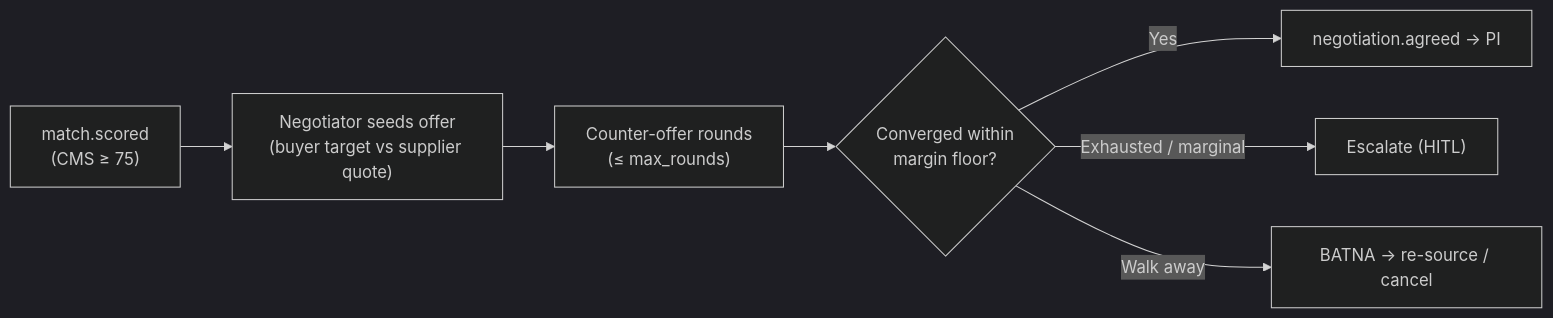
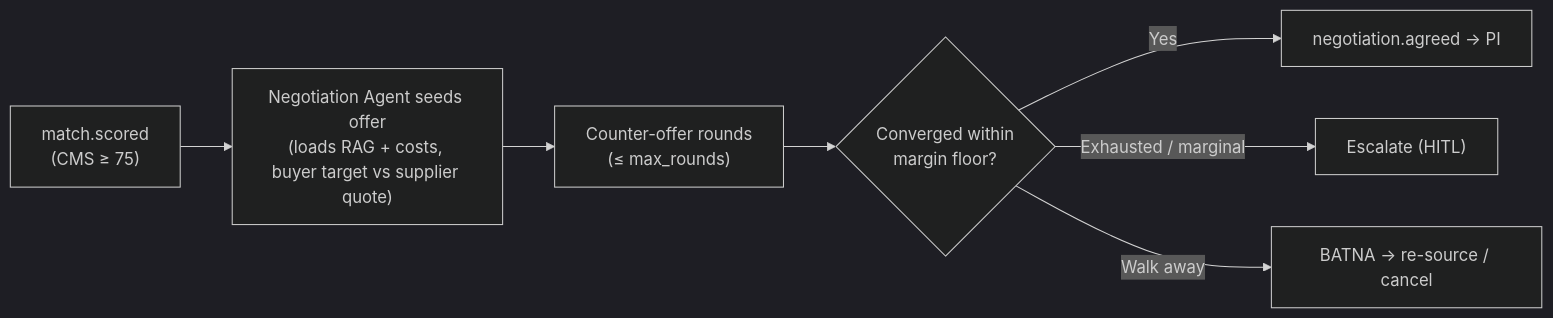
One commit to RouteToRich/portless changed the ninth of 13 diagrams in needed/portless_master_specification.md. Above: the diagram before and after it, drawn with Mermaid (dark theme). The commit also changed other lines of this file and 53 other files, not shown here.

````diff
--- a/needed/portless_master_specification.md
+++ b/needed/portless_master_specification.md
@@ -490,9 +665,9 @@
 ```mermaid
 flowchart LR
-    N1["match.scored<br/>(CMS ≥ 75)"] --> N2["Negotiator seeds offer<br/>(buyer target vs supplier quote)"]
+    N1["match.scored<br/>(CMS ≥ 75)"] --> N2["Negotiation Agent seeds offer<br/>(loads RAG + costs, buyer target vs supplier quote)"]
     N2 --> N3["Counter-offer rounds<br/>(≤ max_rounds)"]
     N3 --> N4{"Converged within<br/>margin floor?"}
     N4 -->|Yes| N5["negotiation.agreed → PI"]
     N4 -->|Exhausted / marginal| N6["Escalate (HITL)"]
     N4 -->|Walk away| N7["BATNA → re-source / cancel"]
 ```
````
